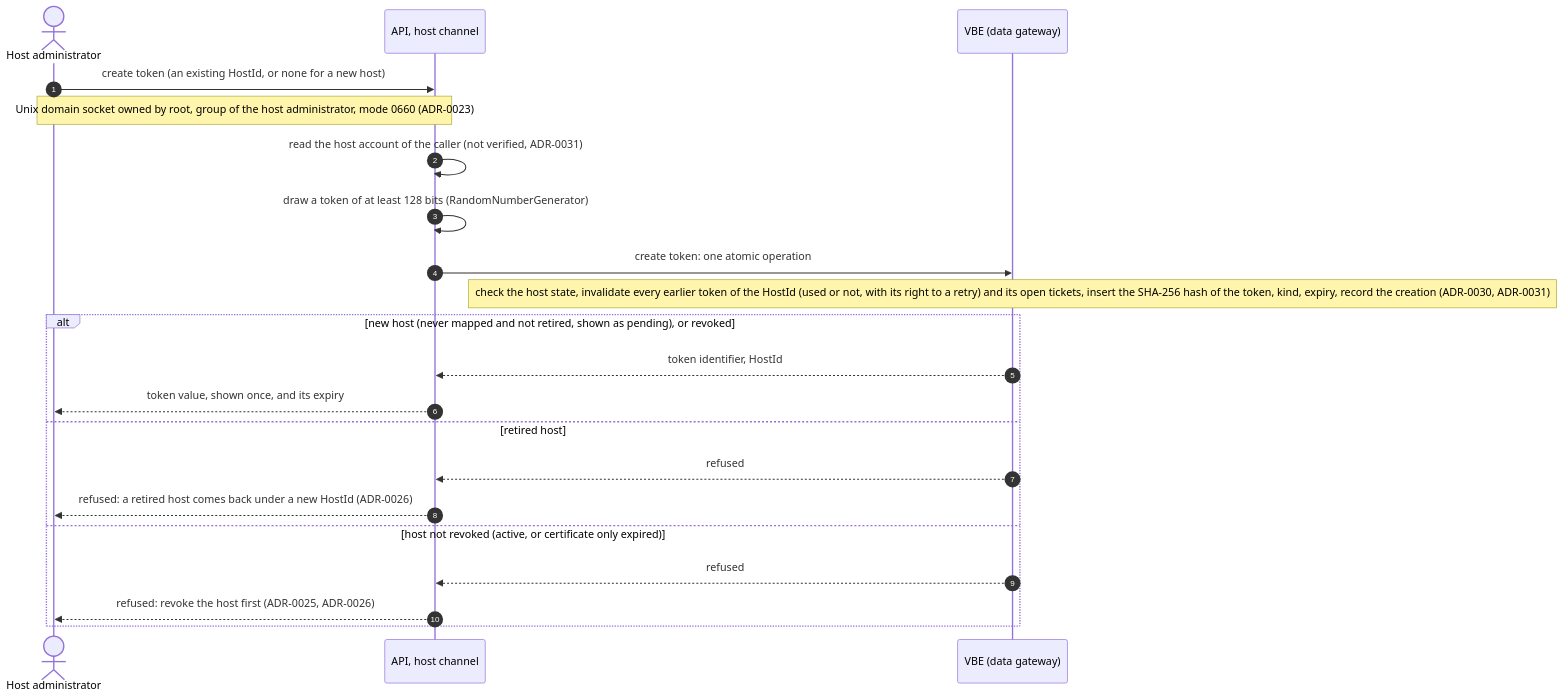
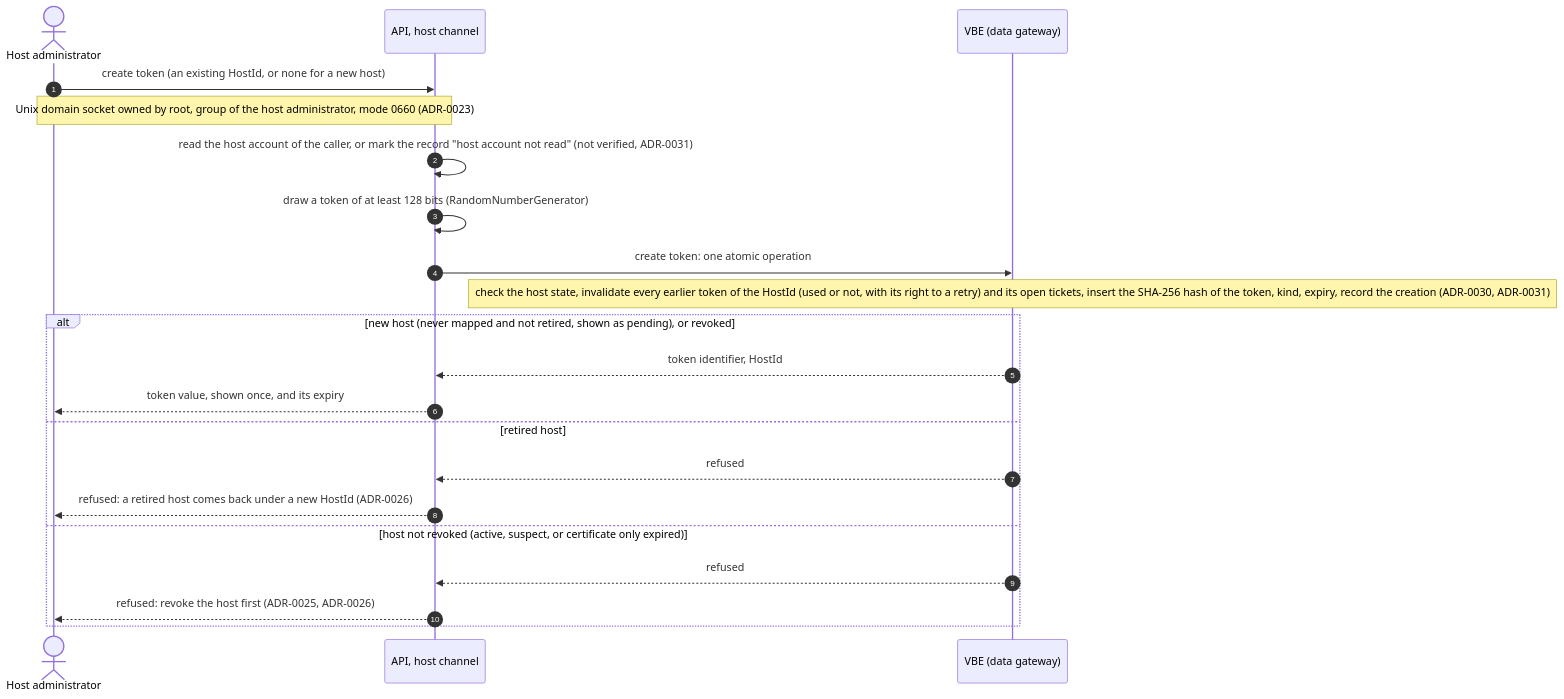
One commit to micdef/Dashboard changed the first of 4 diagrams in doc/analyse/uml/v0.1/identity.md. Above: the diagram before and after it, drawn with Mermaid. The commit also changed other lines of this file, not shown here.

First line of the commit message:
docs: fix the identity sequences after the third reading

````diff
--- a/doc/analyse/uml/v0.1/identity.md
+++ b/doc/analyse/uml/v0.1/identity.md
@@ -33,24 +35,24 @@
 ```mermaid
 sequenceDiagram
     autonumber
     actor HostAdmin as Host administrator
     participant Host as API, host channel
     participant VBE as VBE (data gateway)
 
     HostAdmin->>Host: create token (an existing HostId, or none for a new host)
     Note over HostAdmin,Host: Unix domain socket owned by root, group of the host administrator, mode 0660 (ADR-0023)
-    Host->>Host: read the host account of the caller (not verified, ADR-0031)
+    Host->>Host: read the host account of the caller, or mark the record "host account not read" (not verified, ADR-0031)
     Host->>Host: draw a token of at least 128 bits (RandomNumberGenerator)
     Host->>VBE: create token: one atomic operation
     Note over VBE: check the host state, invalidate every earlier token of the HostId (used or not, with its right to a retry) and its open tickets, insert the SHA-256 hash of the token, kind, expiry, record the creation (ADR-0030, ADR-0031)
     alt new host (never mapped and not retired, shown as pending), or revoked
         VBE-->>Host: token identifier, HostId
         Host-->>HostAdmin: token value, shown once, and its expiry
     else retired host
         VBE-->>Host: refused
         Host-->>HostAdmin: refused: a retired host comes back under a new HostId (ADR-0026)
-    else host not revoked (active, or certificate only expired)
+    else host not revoked (active, suspect, or certificate only expired)
         VBE-->>Host: refused
         Host-->>HostAdmin: refused: revoke the host first (ADR-0025, ADR-0026)
     end
 ```
````
